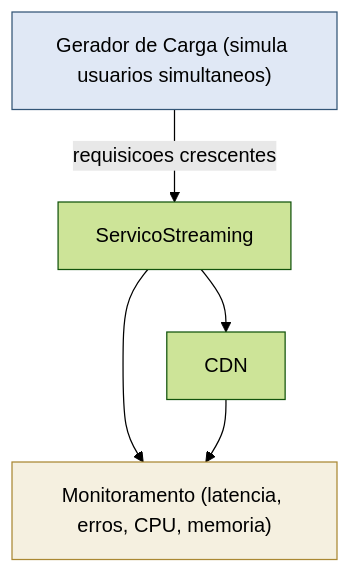
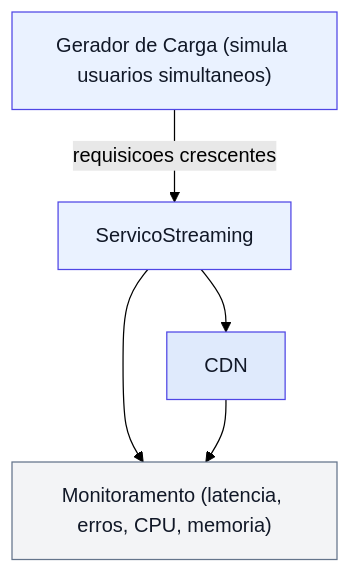
Diagram 16 of 17 in README.MD (DaviPatricio06/meus-estudos-vvts), drawn with Mermaid (forest theme) before and after one commit. The commit also changed other lines of this file, not shown here.

````diff
--- a/README.MD
+++ b/README.MD
@@ -1359,10 +1359,12 @@
 ```mermaid
 graph TD
     Gerador["Gerador de Carga (simula usuarios simultaneos)"] -->|requisicoes crescentes| ServicoStreaming["ServicoStreaming"]
     ServicoStreaming --> CDN["CDN"]
     ServicoStreaming --> Monitor["Monitoramento (latencia, erros, CPU, memoria)"]
     CDN --> Monitor
 
-    style Gerador fill:#e0e8f5,stroke:#357
-    style Monitor fill:#f5f0e0,stroke:#a83
+    style Gerador fill:#eaf2ff,stroke:#4f46e5,color:#111827
+    style ServicoStreaming fill:#eaf2ff,stroke:#4f46e5,color:#111827
+    style CDN fill:#dfeafc,stroke:#4f46e5,color:#111827
+    style Monitor fill:#f3f4f6,stroke:#64748b,color:#111827
 ```
````
